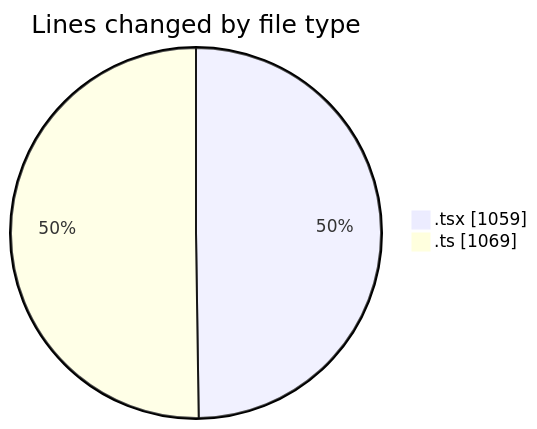
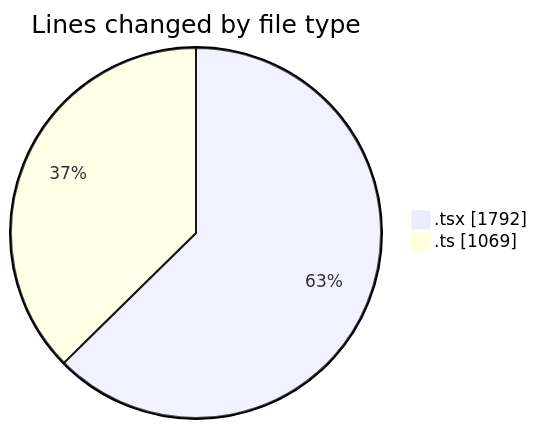
One commit to nxtqubesakshisongat/code-tracking changed the first of 2 diagrams in 2026-02-20/nxtqube_webapp/README.md. Above: the diagram before and after it, drawn with Mermaid. The commit also changed other lines of this file and 1 other file, not shown here.

````diff
--- a/2026-02-20/nxtqube_webapp/README.md
+++ b/2026-02-20/nxtqube_webapp/README.md
@@ -27,6 +29,6 @@
 ```mermaid
 pie showData
 title Lines changed by file type
-".tsx" : 1059
+".tsx" : 1792
 ".ts" : 1069
 ```
````
